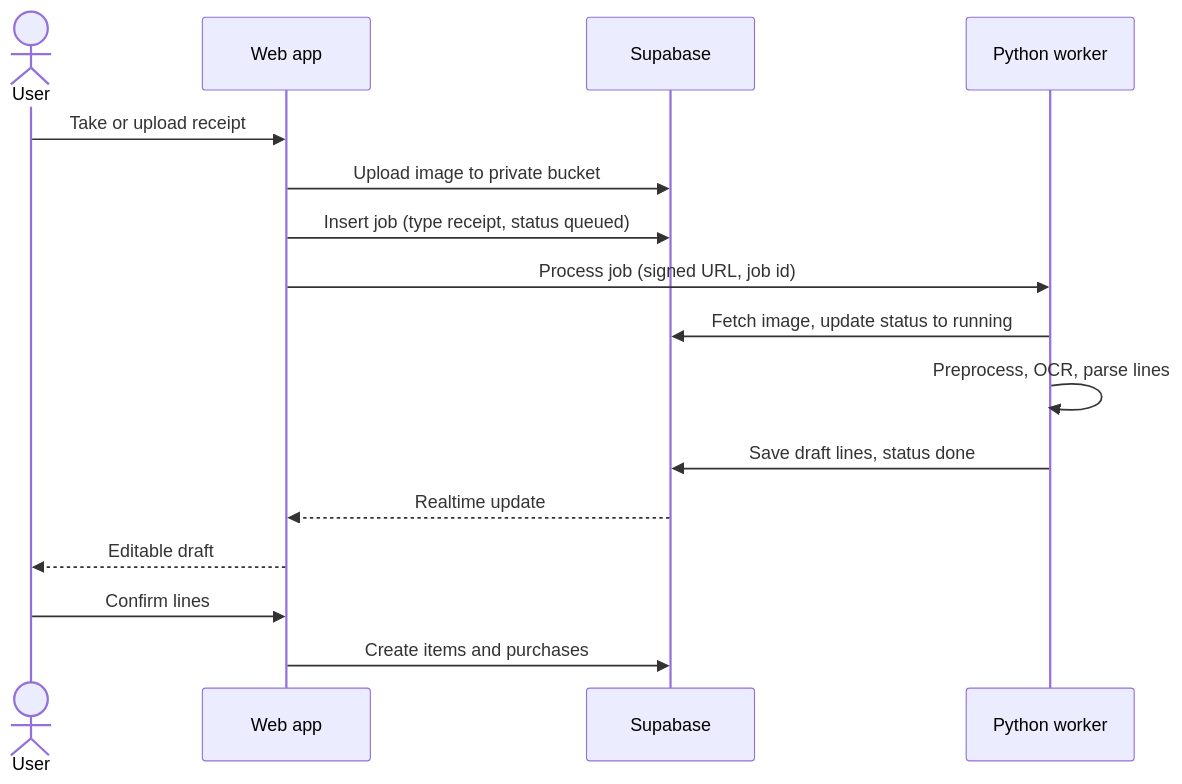
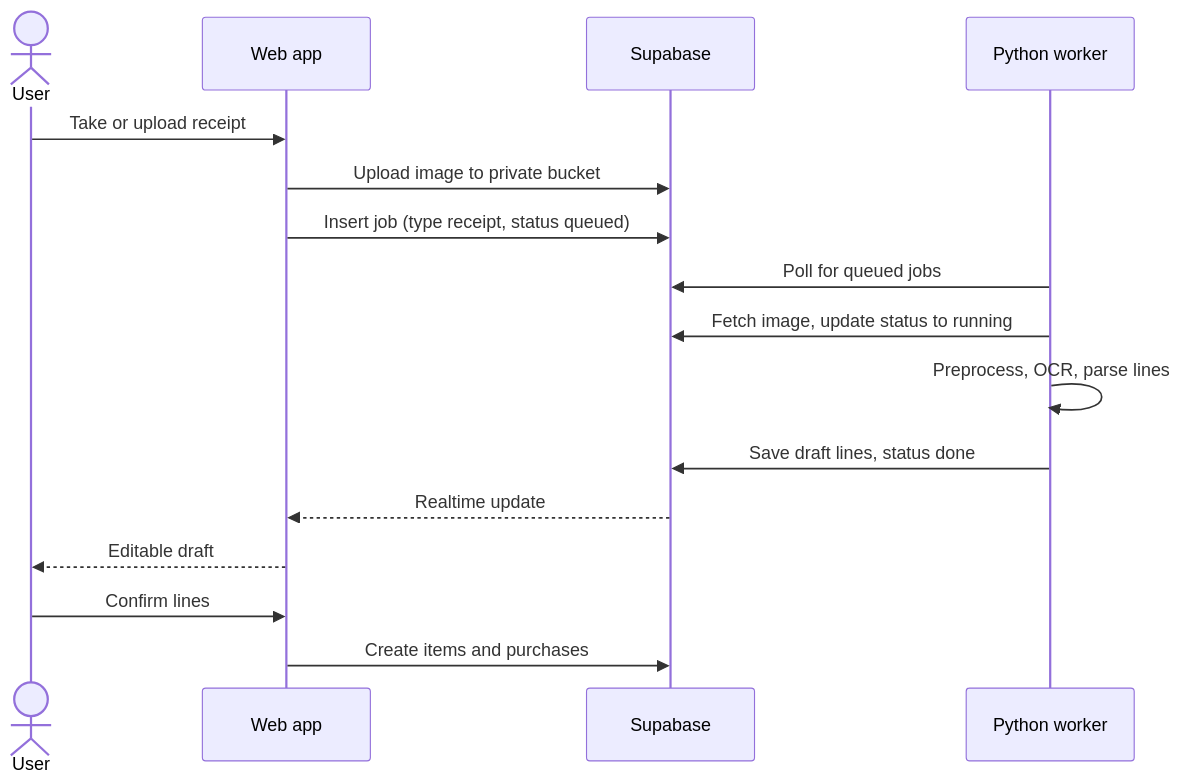
One commit to ambarishsengupta/sparta changed the second of 4 diagrams in docs/HLD.md. Above: the diagram before and after it, drawn with Mermaid. The commit also changed other lines of this file and 2 other files, not shown here.

````diff
--- a/docs/HLD.md
+++ b/docs/HLD.md
@@ -91,18 +90,18 @@
 ```mermaid
 sequenceDiagram
   actor U as User
   participant W as Web app
   participant S as Supabase
   participant P as Python worker
   U->>W: Take or upload receipt
   W->>S: Upload image to private bucket
   W->>S: Insert job (type receipt, status queued)
-  W->>P: Process job (signed URL, job id)
+  P->>S: Poll for queued jobs
   P->>S: Fetch image, update status to running
   P->>P: Preprocess, OCR, parse lines
   P->>S: Save draft lines, status done
   S-->>W: Realtime update
   W-->>U: Editable draft
   U->>W: Confirm lines
   W->>S: Create items and purchases
 ```
````
